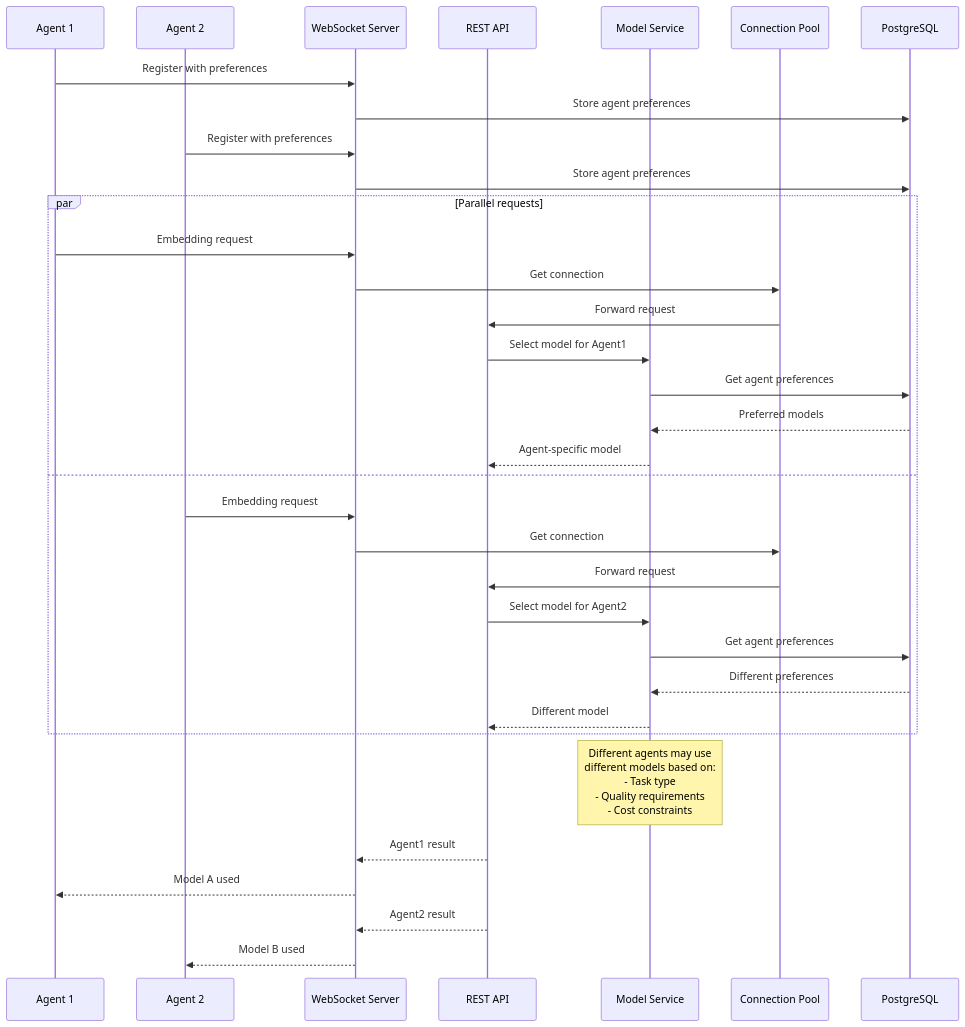
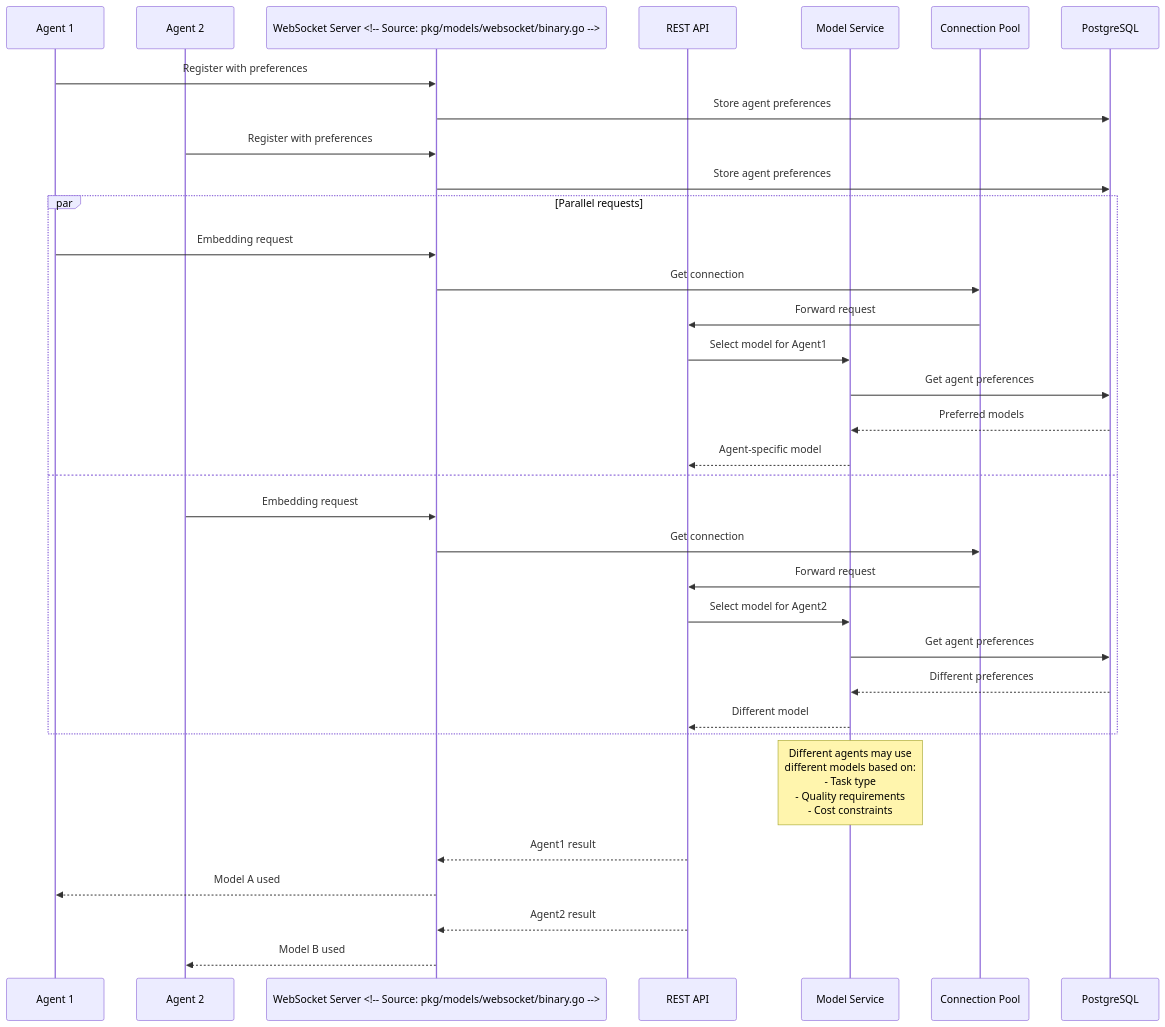
Before and after one commit to smartramana/developer-mesh: the seventh of 10 diagrams in docs/diagrams/embedding_model_sequences.md, drawn with Mermaid. The commit also changed other lines of this file and 120 other files, not shown here.

````diff
--- a/docs/diagrams/embedding_model_sequences.md
+++ b/docs/diagrams/embedding_model_sequences.md
@@ -267,40 +273,40 @@
 ```mermaid
 sequenceDiagram
     participant Agent1 as Agent 1
     participant Agent2 as Agent 2
-    participant WS as WebSocket Server
+    participant WS as WebSocket Server <!-- Source: pkg/models/websocket/binary.go -->
     participant API as REST API
     participant MS as Model Service
     participant Pool as Connection Pool
     participant DB as PostgreSQL
 
     Agent1->>WS: Register with preferences
     WS->>DB: Store agent preferences
     Agent2->>WS: Register with preferences
     WS->>DB: Store agent preferences
     
     par Parallel requests
         Agent1->>WS: Embedding request
         WS->>Pool: Get connection
         Pool->>API: Forward request
         API->>MS: Select model for Agent1
         MS->>DB: Get agent preferences
         DB-->>MS: Preferred models
         MS-->>API: Agent-specific model
     and
         Agent2->>WS: Embedding request
         WS->>Pool: Get connection
         Pool->>API: Forward request
         API->>MS: Select model for Agent2
         MS->>DB: Get agent preferences
         DB-->>MS: Different preferences
         MS-->>API: Different model
     end
     
     Note over MS: Different agents may use<br/>different models based on:<br/>- Task type<br/>- Quality requirements<br/>- Cost constraints
     
     API-->>WS: Agent1 result
     WS-->>Agent1: Model A used
     API-->>WS: Agent2 result
     WS-->>Agent2: Model B used
 ```
````
